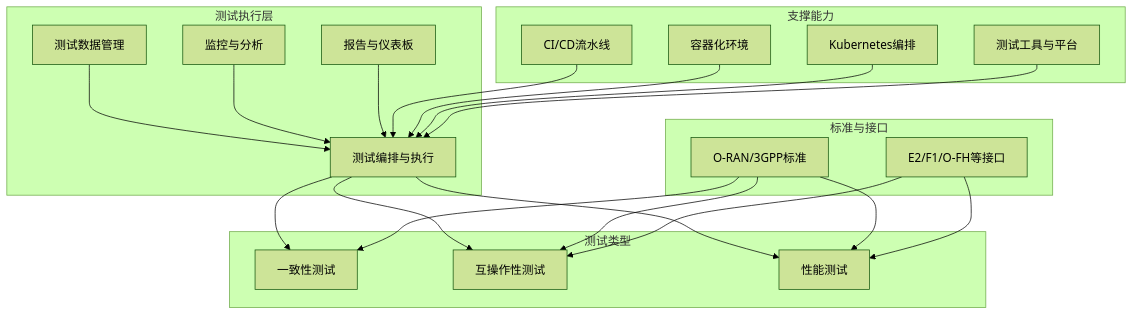
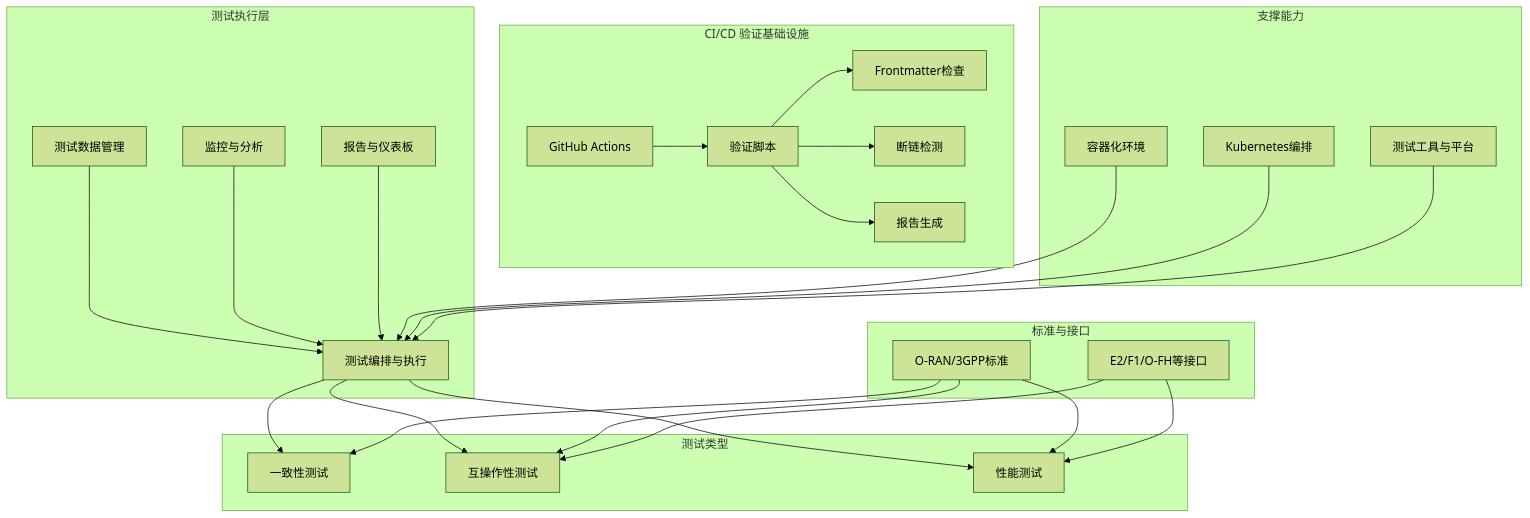
The second of 11 diagrams in .qoder/repowiki/zh/content/测试与验证/测试与验证.md (allengaller/oran-database), drawn with Mermaid (forest theme) before and after one commit. The commit also changed other lines of this file and 13 other files, not shown here.

````diff
--- a/.qoder/repowiki/zh/content/测试与验证/测试与验证.md
+++ b/.qoder/repowiki/zh/content/测试与验证/测试与验证.md
@@ -99,39 +111,48 @@
 ```mermaid
 graph TB
 subgraph "测试执行层"
 ORCH["测试编排与执行"]
 DATA["测试数据管理"]
 MON["监控与分析"]
 REP["报告与仪表板"]
 end
 subgraph "测试类型"
 CON["一致性测试"]
 INT["互操作性测试"]
 PERF["性能测试"]
 end
+subgraph "CI/CD 验证基础设施"
+GH["GitHub Actions"]
+VAL["验证脚本"]
+FM["Frontmatter检查"]
+LINK["断链检测"]
+RPT["报告生成"]
+end
 subgraph "支撑能力"
-CI["CI/CD流水线"]
 DOCK["容器化环境"]
 K8S["Kubernetes编排"]
 TOOL["测试工具与平台"]
 end
 subgraph "标准与接口"
 STAND["O-RAN/3GPP标准"]
 IFACE["E2/F1/O-FH等接口"]
 end
 ORCH --> CON
 ORCH --> INT
 ORCH --> PERF
 DATA --> ORCH
 MON --> ORCH
 REP --> ORCH
-CI --> ORCH
+GH --> VAL
+VAL --> FM
+VAL --> LINK
+VAL --> RPT
 DOCK --> ORCH
 K8S --> ORCH
 TOOL --> ORCH
 STAND --> CON
 STAND --> INT
 STAND --> PERF
 IFACE --> INT
 IFACE --> PERF
 ```
````
